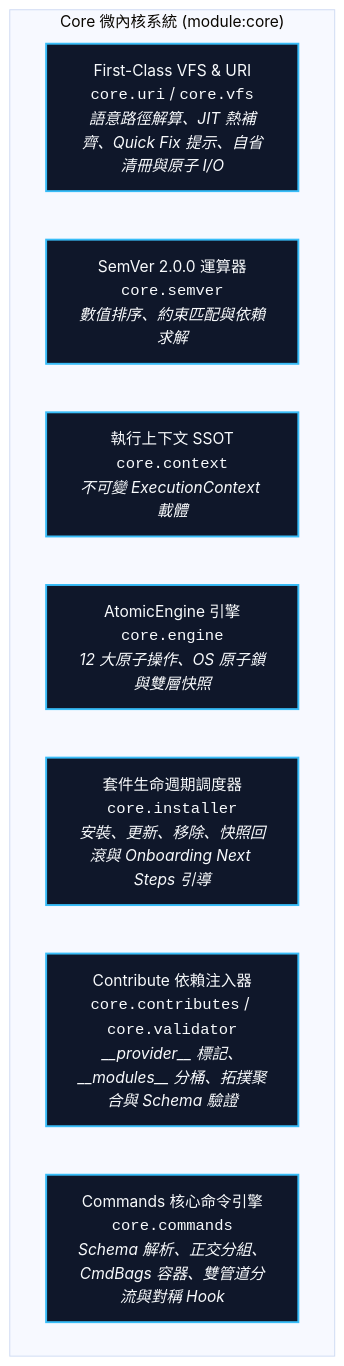
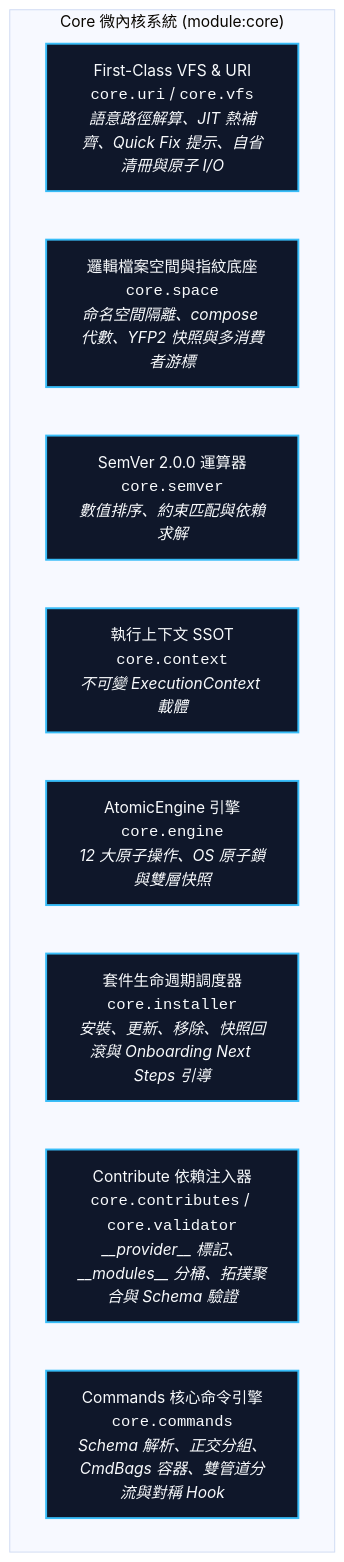
The diagram in docs/core/README.md (ysnaive/ys-codebase), drawn with Mermaid (base theme) before and after one commit. The commit also changed other lines of this file and 98 other files, not shown here.

Commit message:
wip(space): migrate ecosystem modules to core.space Mode A and convert file-space to deprecation shell

````diff
--- a/docs/core/README.md
+++ b/docs/core/README.md
@@ -45,14 +45,15 @@
 ```mermaid
 graph TD
     classDef sub fill:#0f172a,stroke:#38bdf8,stroke-width:2px,color:#f8fafc;
     
     subgraph CoreModule ["Core 微內核系統 (module:core)"]
         VFS["First-Class VFS & URI<br/><code>core.uri</code> / <code>core.vfs</code><br/><i>語意路徑解算、JIT 熱補齊、Quick Fix 提示、自省清冊與原子 I/O</i>"]:::sub
+        Space["邏輯檔案空間與指紋底座<br/><code>core.space</code><br/><i>命名空間隔離、compose 代數、YFP2 快照與多消費者游標</i>"]:::sub
         SemVer["SemVer 2.0.0 運算器<br/><code>core.semver</code><br/><i>數值排序、約束匹配與依賴求解</i>"]:::sub
         Context["執行上下文 SSOT<br/><code>core.context</code><br/><i>不可變 ExecutionContext 載體</i>"]:::sub
         Engine["AtomicEngine 引擎<br/><code>core.engine</code><br/><i>12 大原子操作、OS 原子鎖與雙層快照</i>"]:::sub
         Installer["套件生命週期調度器<br/><code>core.installer</code><br/><i>安裝、更新、移除、快照回滾與 Onboarding Next Steps 引導</i>"]:::sub
         Contributes["Contribute 依賴注入器<br/><code>core.contributes</code> / <code>core.validator</code><br/><i>__provider__ 標記、__modules__ 分桶、拓撲聚合與 Schema 驗證</i>"]:::sub
         Commands["Commands 核心命令引擎<br/><code>core.commands</code><br/><i>Schema 解析、正交分組、CmdBags 容器、雙管道分流與對稱 Hook</i>"]:::sub
     end
 ```
````
